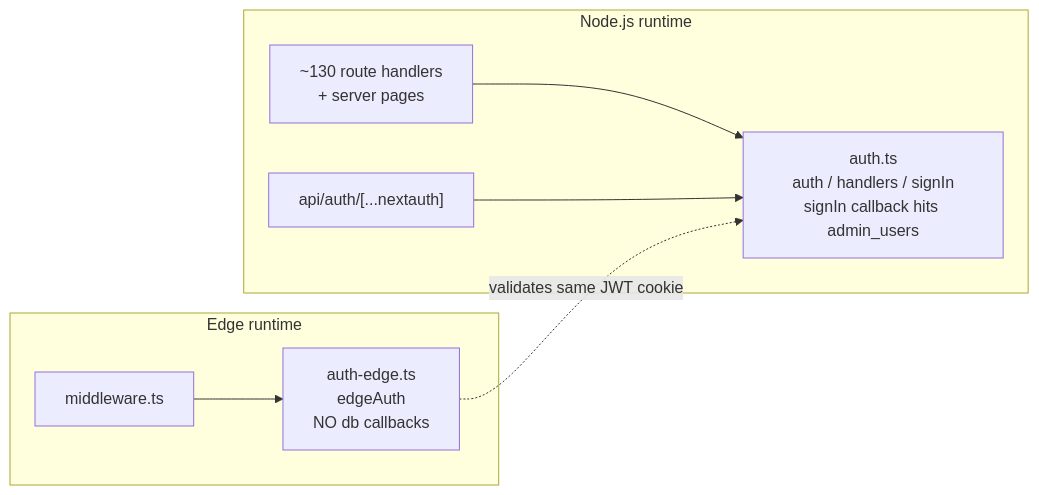
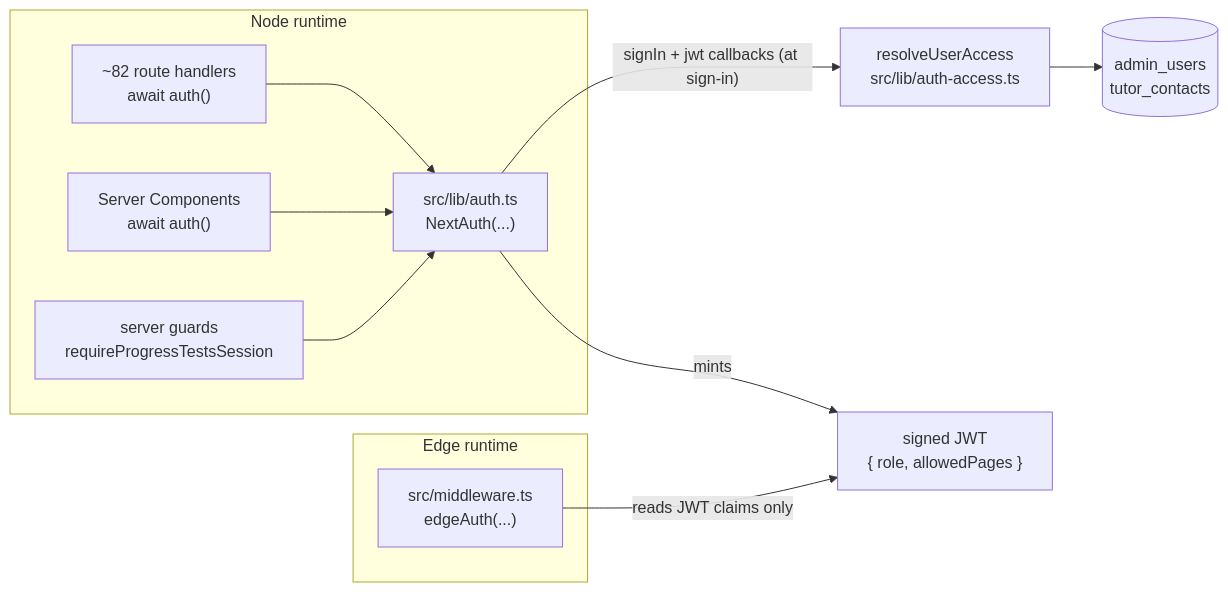
Before and after one commit to kasheesh711/bgscheduler: the first of 3 diagrams in docs/operations/auth-and-access.md, drawn with Mermaid. The commit also changed other lines of this file and 63 other files, not shown here.

First line of the commit message:
docs: code-verified refresh + Progress Tests & Ops Hub coverage

````diff
--- a/docs/operations/auth-and-access.md
+++ b/docs/operations/auth-and-access.md
@@ -141,11 +32,22 @@
 ```mermaid
 flowchart LR
-    subgraph Edge["Edge runtime"]
-      MW[middleware.ts] --> EA["auth-edge.ts<br/>edgeAuth<br/>NO db callbacks"]
-    end
-    subgraph Node["Node.js runtime"]
-      API["~130 route handlers<br/>+ server pages"] --> NA["auth.ts<br/>auth / handlers / signIn<br/>signIn callback hits admin_users"]
-      NEXTAUTH["api/auth/[...nextauth]"] --> NA
-    end
-    EA -. "validates same JWT cookie" .-> NA
+  subgraph Edge["Edge runtime"]
+    MW["src/middleware.ts<br/>edgeAuth(...)"]
+  end
+  subgraph Node["Node runtime"]
+    AUTHTS["src/lib/auth.ts<br/>NextAuth(...)"]
+    RH["~82 route handlers<br/>await auth()"]
+    SC["Server Components<br/>await auth()"]
+    GUARD["server guards<br/>requireProgressTestsSession"]
+  end
+  RA["resolveUserAccess<br/>src/lib/auth-access.ts"]
+  DB[("admin_users<br/>tutor_contacts")]
+
+  MW -- "reads JWT claims only" --> JWT["signed JWT<br/>{ role, allowedPages }"]
+  AUTHTS -- "signIn + jwt callbacks (at sign-in)" --> RA
+  RA --> DB
+  AUTHTS -- "mints" --> JWT
+  RH --> AUTHTS
+  SC --> AUTHTS
+  GUARD --> AUTHTS
 ```
````
